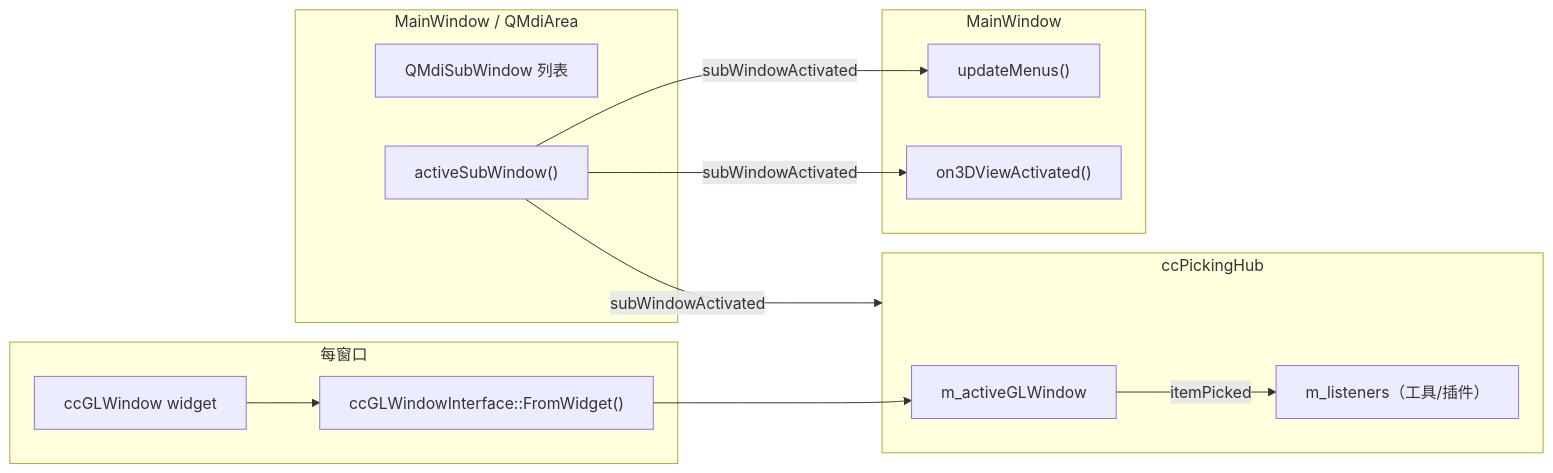
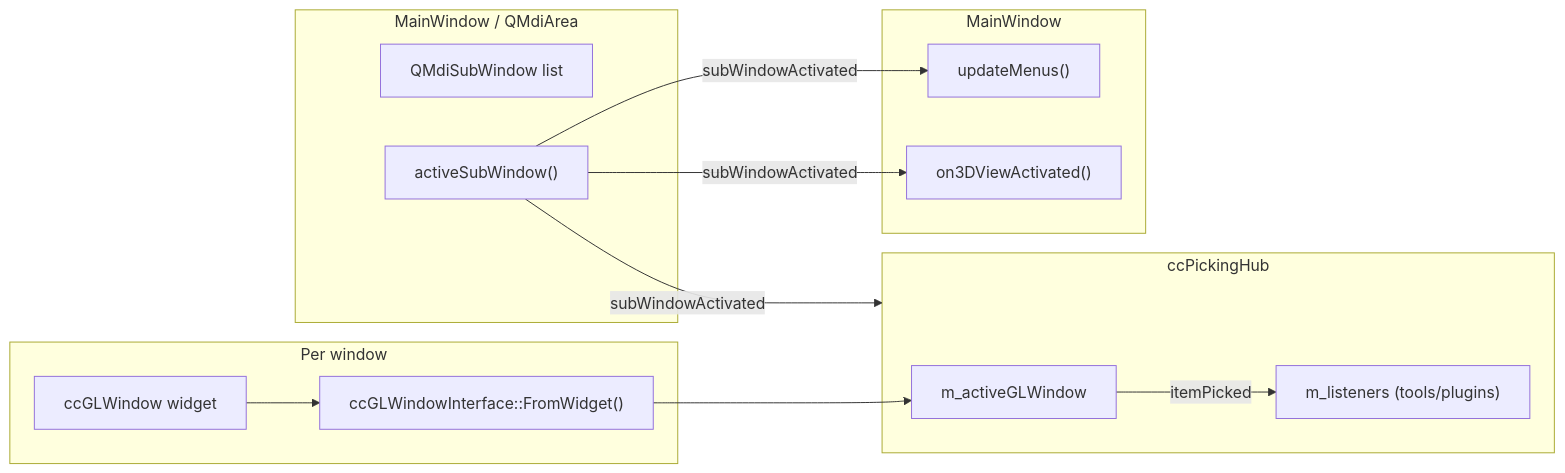
The first of 10 diagrams in docs/user-guide/multi-window-paradigms-CloudCompare-ParaView.md (Asher-1/ACloudViewer), drawn with Mermaid before and after one commit. The commit also changed other lines of this file and 74 other files, not shown here.

````diff
--- a/docs/user-guide/multi-window-paradigms-CloudCompare-ParaView.md
+++ b/docs/user-guide/multi-window-paradigms-CloudCompare-ParaView.md
@@ -125,26 +125,26 @@
 ```mermaid
 flowchart LR
   subgraph MDI["MainWindow / QMdiArea"]
-    SW["QMdiSubWindow 列表"]
+    SW["QMdiSubWindow list"]
     ACT["activeSubWindow()"]
   end
-  subgraph GL["每窗口"]
+  subgraph GL["Per window"]
     W["ccGLWindow widget"]
     IF["ccGLWindowInterface::FromWidget()"]
   end
   subgraph Hub["ccPickingHub"]
     AW["m_activeGLWindow"]
-    L["m_listeners（工具/插件）"]
+    L["m_listeners (tools/plugins)"]
   end
   subgraph App["MainWindow"]
     UM["updateMenus()"]
     OA["on3DViewActivated()"]
   end
 
   ACT -->|"subWindowActivated"| UM
   ACT -->|"subWindowActivated"| OA
   ACT -->|"subWindowActivated"| Hub
   W --> IF
   IF --> AW
   AW -->|"itemPicked"| L
 ```
````
